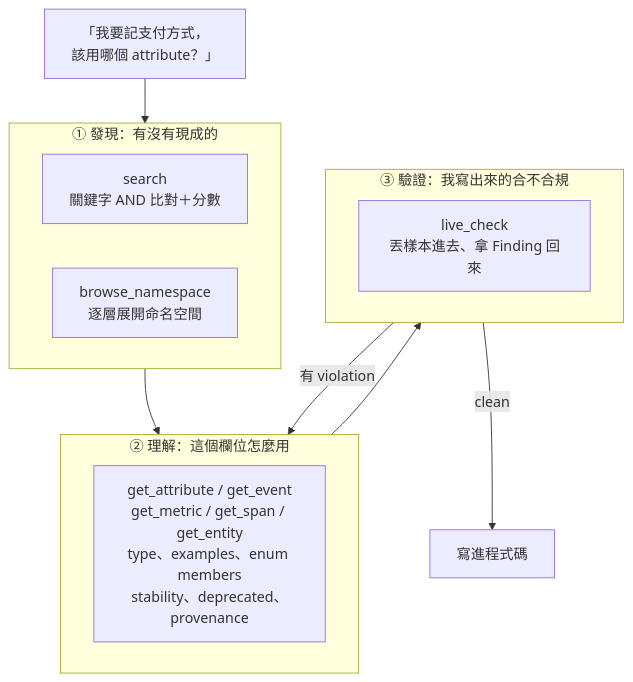
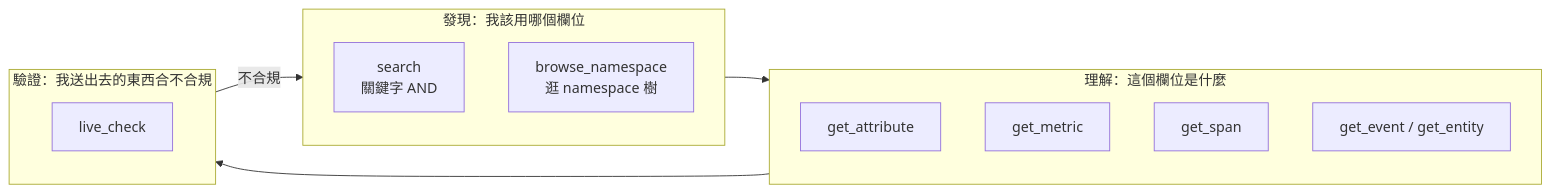
The first of 3 diagrams in weaver-demo/ironman-2026/day10.md (tedmax100/o11y-bench), drawn with Mermaid before and after one commit. The commit also changed other lines of this file and 1 other file, not shown here.

````diff
--- a/weaver-demo/ironman-2026/day10.md
+++ b/weaver-demo/ironman-2026/day10.md
@@ -40,21 +56,19 @@
 ```mermaid
-flowchart TB
-    Q["「我要記支付方式，<br/>該用哪個 attribute？」"]
-
-    subgraph D["① 發現：有沒有現成的"]
-      S["search<br/>關鍵字 AND 比對＋分數"]
-      B["browse_namespace<br/>逐層展開命名空間"]
+flowchart LR
+    subgraph D["發現：我該用哪個欄位"]
+        S["search<br/>關鍵字 AND"]
+        B["browse_namespace<br/>逛 namespace 樹"]
+    end
+    subgraph U["理解：這個欄位是什麼"]
+        GA["get_attribute"]
+        GM["get_metric"]
+        GS["get_span"]
+        GE["get_event / get_entity"]
+    end
+    subgraph V["驗證：我送出去的東西合不合規"]
+        LC["live_check"]
     end
 
-    subgraph U["② 理解：這個欄位怎麼用"]
-      G["get_attribute / get_event<br/>get_metric / get_span / get_entity<br/>type、examples、enum members<br/>stability、deprecated、provenance"]
-    end
-
-    subgraph V["③ 驗證：我寫出來的合不合規"]
-      L["live_check<br/>丟樣本進去、拿 Finding 回來"]
-    end
-
-    Q --> D --> U --> V
-    V -->|"有 violation"| U
-    V -->|"clean"| C["寫進程式碼"]
+    D --> U --> V
+    V -->|"不合規"| D
 ```
````
